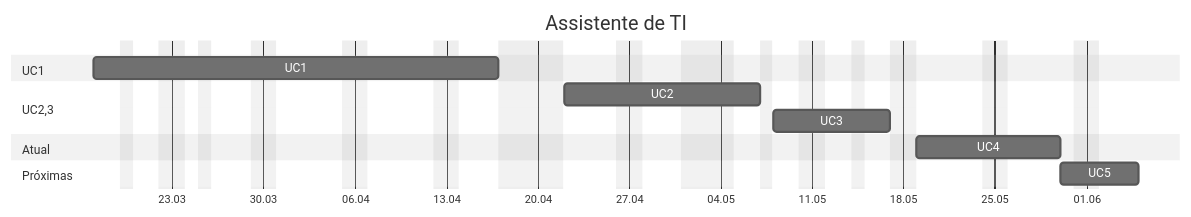
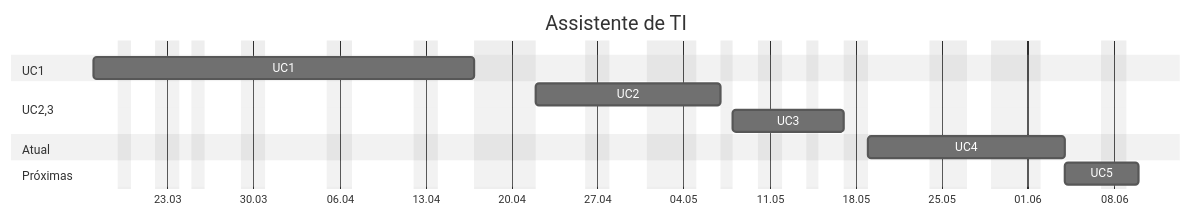
One commit to jocile/digitalgarden changed the diagram in src/site/notes/Assistente-de-TI.md. Above: the diagram before and after it, drawn with Mermaid (neutral theme).

Commit message:
Published multiple files

````diff
--- a/src/site/notes/Assistente-de-TI.md
+++ b/src/site/notes/Assistente-de-TI.md
@@ -31,17 +31,17 @@
 ```mermaid
 gantt
      title Assistente de TI
      tickInterval 1week
-     excludes Saturday, Sunday, 19:03, 25:03, 17:04, 18:04, 21:04, 01:05, 02:05, 07:05, 14:05
+     excludes Saturday, Sunday, 19:03, 25:03, 17:04, 18:04, 21:04, 01:05, 02:05, 07:05, 14:05, 26:05, 29:05, 30:05
      dateFormat DD:MM
      axisFormat %d.%m
      section UC1
          UC1 :a1, 17:03, 21d
      section UC2,3
          UC2 :a2,after a1, 9d
          UC3 :a3, after a2, 6d
      section Atual
          UC4 :a4, after a3, 9d
      section Próximas
          UC5 :a5, after a4, 4d
 ```
````
